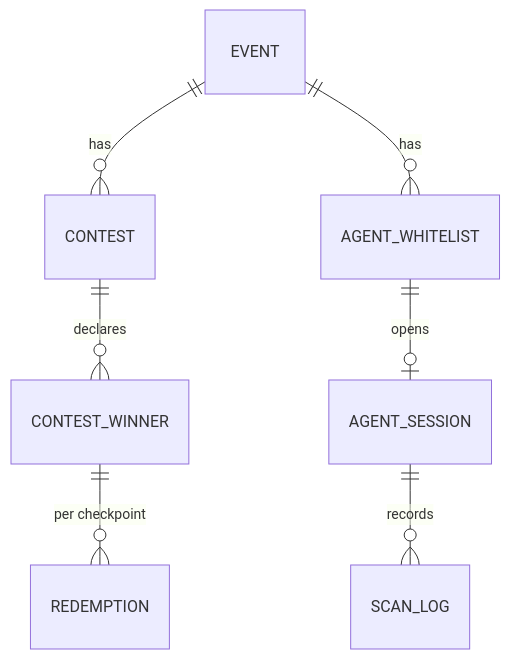
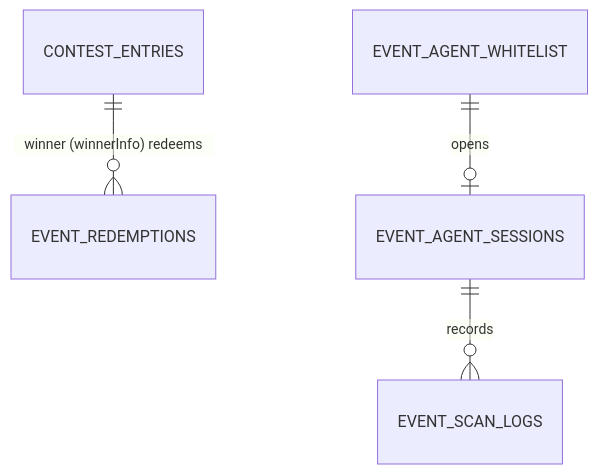
The first of 2 diagrams in docs/digital-membership/04-lld.md (Amitpawar503/lazzy), drawn with Mermaid before and after one commit. The commit also changed other lines of this file and 1 other file, not shown here.

````diff
--- a/docs/digital-membership/04-lld.md
+++ b/docs/digital-membership/04-lld.md
@@ -61,9 +62,6 @@
 ```mermaid
 erDiagram
-  EVENT ||--o{ CONTEST : has
-  CONTEST ||--o{ CONTEST_WINNER : declares
-  EVENT ||--o{ AGENT_WHITELIST : has
-  AGENT_WHITELIST ||--o| AGENT_SESSION : opens
-  CONTEST_WINNER ||--o{ REDEMPTION : "per checkpoint"
-  AGENT_SESSION ||--o{ SCAN_LOG : "records"
+  CONTEST_ENTRIES ||--o{ EVENT_REDEMPTIONS : "winner (winnerInfo) redeems"
+  EVENT_AGENT_WHITELIST ||--o| EVENT_AGENT_SESSIONS : opens
+  EVENT_AGENT_SESSIONS ||--o{ EVENT_SCAN_LOGS : "records"
 ```
````
